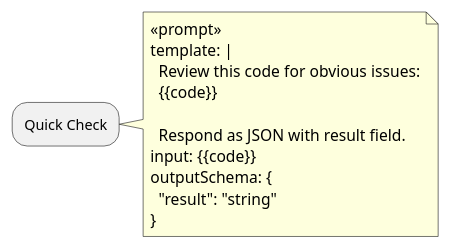
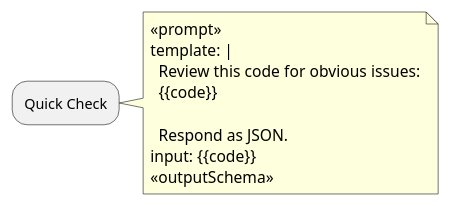
Before and after one commit to JuanToanXoup/copilot-api-minimal: the fourth of 12 diagrams in docs/plantuml-workflow-schema.md, drawn with PlantUML. The commit also changed other lines of this file, not shown here.

First line of the commit message:
Change outputSchema to <<outputSchema>> placeholder

````diff
--- a/docs/plantuml-workflow-schema.md
+++ b/docs/plantuml-workflow-schema.md
@@ -125,15 +123,13 @@
 ```plantuml
 :Quick Check;
 note right
   <<prompt>>
   template: |
     Review this code for obvious issues:
     {{code}}
 
-    Respond as JSON with result field.
+    Respond as JSON.
   input: {{code}}
-  outputSchema: {
-    "result": "string"
-  }
+  <<outputSchema>>
 end note
 ```
````
